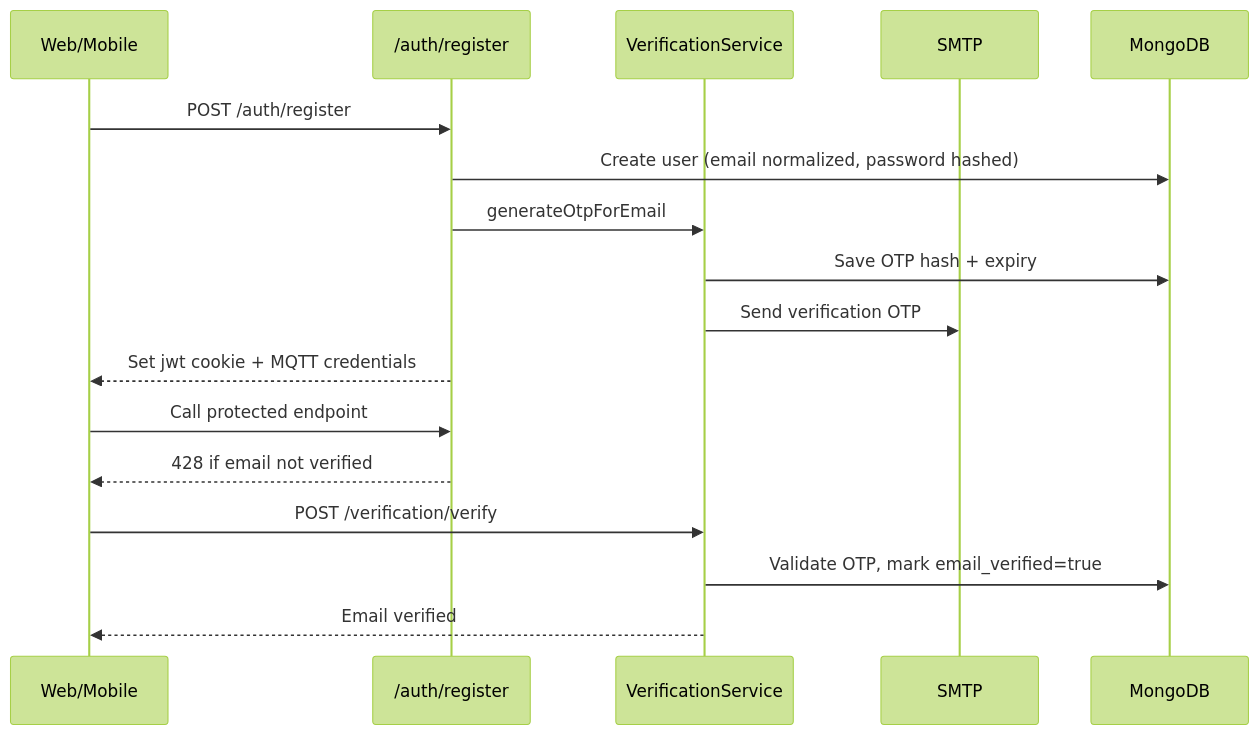
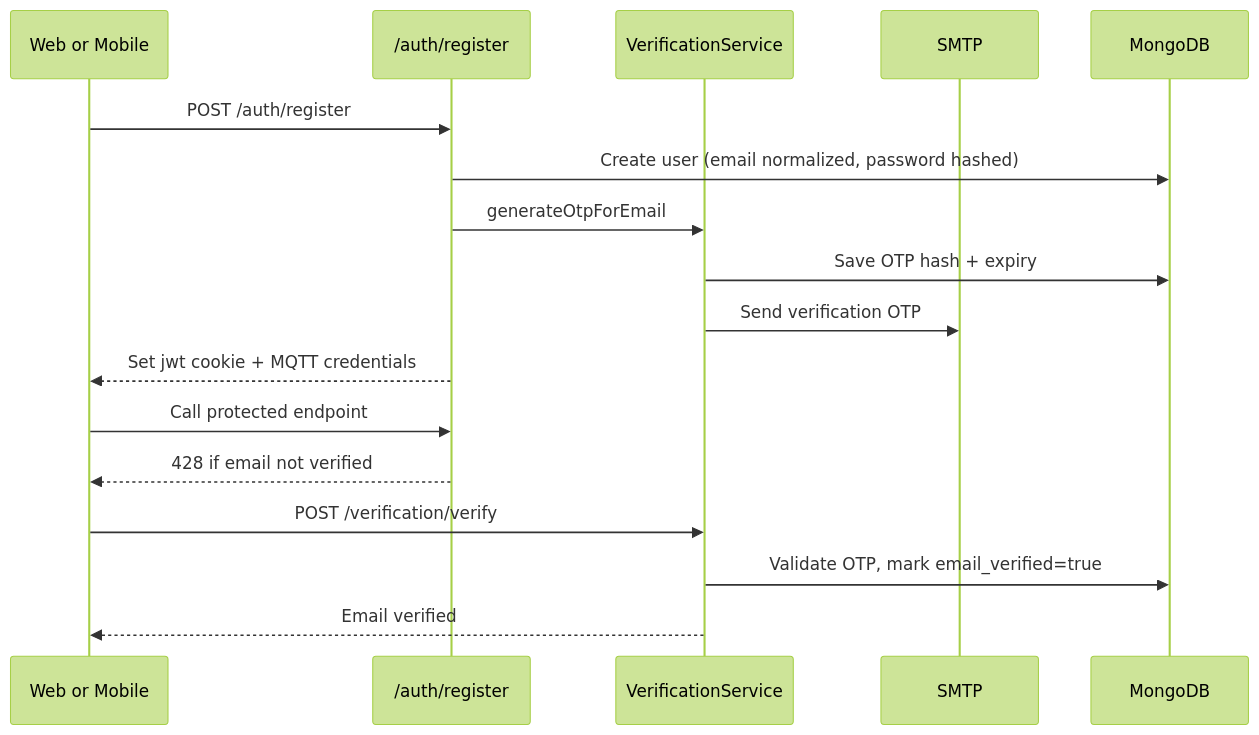
The second of 5 diagrams in docs/arch.md (ahmed-atef-gad/nexusflow-backend), drawn with Mermaid (forest theme) before and after one commit. The commit also changed other lines of this file and 3 other files, not shown here.

Commit message:
feat(notifications): add comprehensive notification system documentation and update architecture diagrams

````diff
--- a/docs/arch.md
+++ b/docs/arch.md
@@ -80,22 +95,22 @@
 ```mermaid
 sequenceDiagram
-    participant Client as Web/Mobile
+    participant Client as Web or Mobile
     participant Auth as /auth/register
     participant Verify as VerificationService
     participant Mail as SMTP
     participant DB as MongoDB
 
     Client->>Auth: POST /auth/register
     Auth->>DB: Create user (email normalized, password hashed)
     Auth->>Verify: generateOtpForEmail
     Verify->>DB: Save OTP hash + expiry
     Verify->>Mail: Send verification OTP
     Auth-->>Client: Set jwt cookie + MQTT credentials
 
     Client->>Auth: Call protected endpoint
     Auth-->>Client: 428 if email not verified
 
     Client->>Verify: POST /verification/verify
     Verify->>DB: Validate OTP, mark email_verified=true
     Verify-->>Client: Email verified
 ```
````
